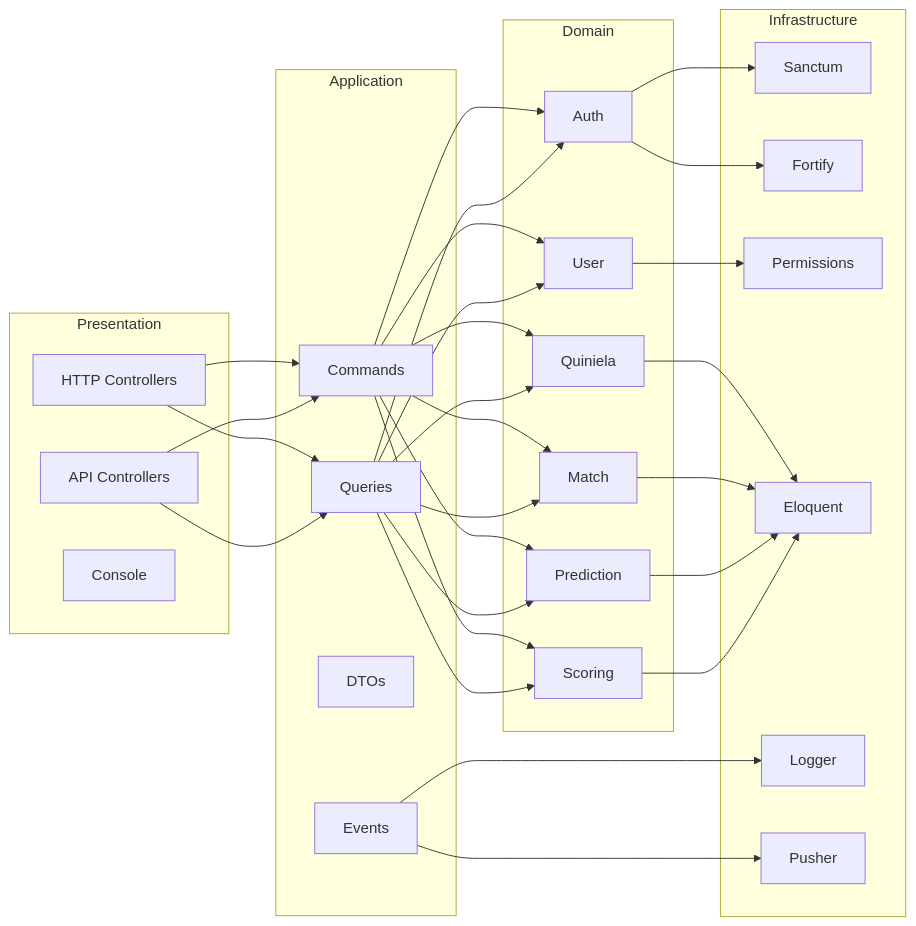
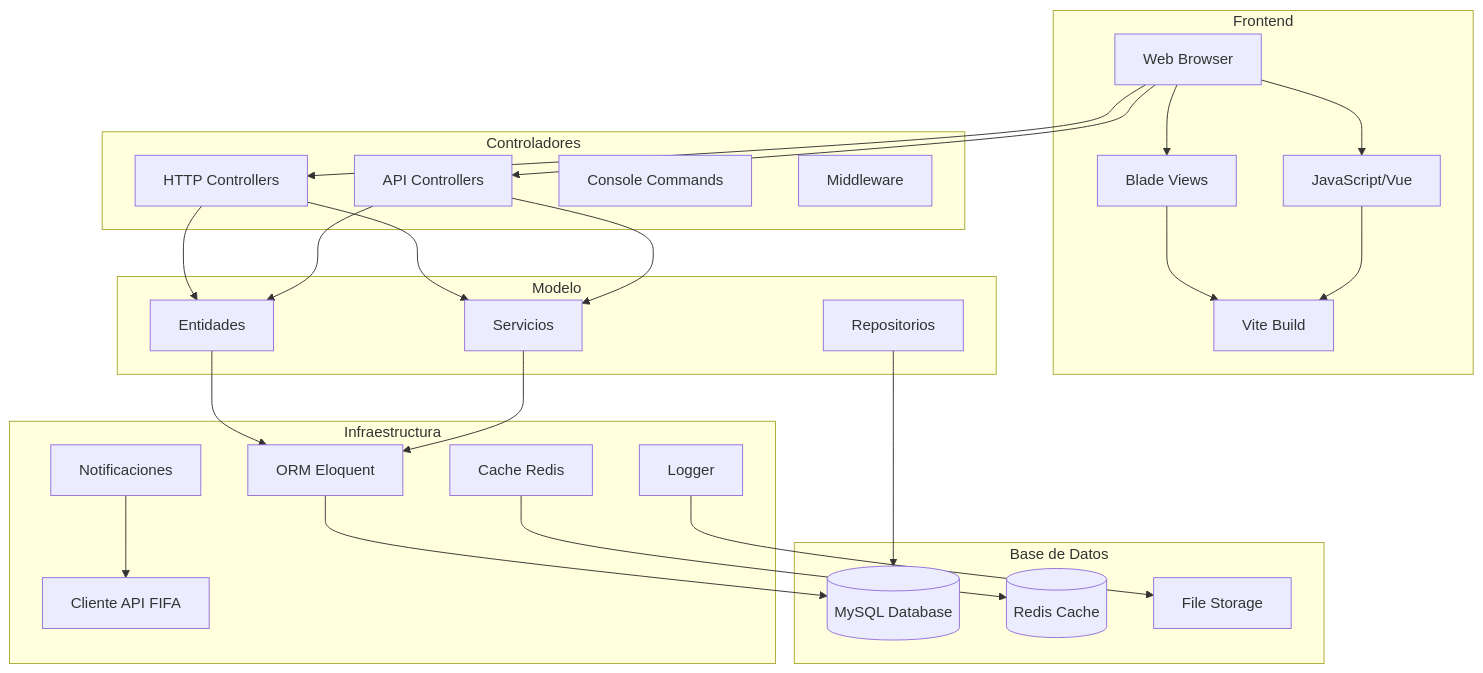
One commit to Alexis79Bck/proyecto-quiniela changed the diagram in Documentation/ARQUITECTURA.md. Above: the diagram before and after it, drawn with Mermaid. The commit also changed other lines of this file and 6 other files, not shown here.

````diff
--- a/Documentation/ARQUITECTURA.md
+++ b/Documentation/ARQUITECTURA.md
@@ -176,59 +5,50 @@
 ```mermaid
-graph LR
-    subgraph "Domain"
-        A[Auth]
-        B[User]
-        C[Quiniela]
-        D[Match]
-        E[Prediction]
-        F[Scoring]
+graph TB
+    subgraph "Frontend"
+        A[Web Browser] --> B[Blade Views]
+        A --> C[JavaScript/Vue]
+        B --> D[Vite Build]
+        C --> D
     end
 
-    subgraph "Application"
-        G[Commands]
-        H[Queries]
-        I[DTOs]
-        J[Events]
+    subgraph "Controladores"
+        E[HTTP Controllers]
+        F[API Controllers]
+        G[Console Commands]
+        H[Middleware]
     end
 
-    subgraph "Infrastructure"
-        K[Sanctum]
-        L[Fortify]
-        M[Permissions]
-        N[Eloquent]
-        O[Logger]
-        P[Pusher]
+    subgraph "Modelo"
+        I[Entidades]
+        J[Servicios]
+        K[Repositorios]
     end
 
-    subgraph "Presentation"
-        Q[HTTP Controllers]
-        R[API Controllers]
-        S[Console]
+    subgraph "Infraestructura"
+        L[ORM Eloquent]
+        M[Cache Redis]
+        N[Logger]
+        O[Notificaciones]
+        P[Cliente API FIFA]
     end
 
-    A --> K
-    A --> L
-    B --> M
-    C --> N
-    D --> N
-    E --> N
-    F --> N
-    G --> A
-    G --> B
-    G --> C
-    G --> D
-    G --> E
-    G --> F
-    H --> A
-    H --> B
-    H --> C
-    H --> D
-    H --> E
-    H --> F
-    Q --> G
-    Q --> H
-    R --> G
-    R --> H
-    J --> O
-    J --> P
+    subgraph "Base de Datos"
+        Q[(MySQL Database)]
+        R[(Redis Cache)]
+        S[File Storage]
+    end
+
+    A --> E
+    A --> F
+    E --> I
+    E --> J
+    F --> I
+    F --> J
+    I --> L
+    J --> L
+    K --> Q
+    L --> Q
+    M --> R
+    N --> S
+    O --> P
 ```
````
